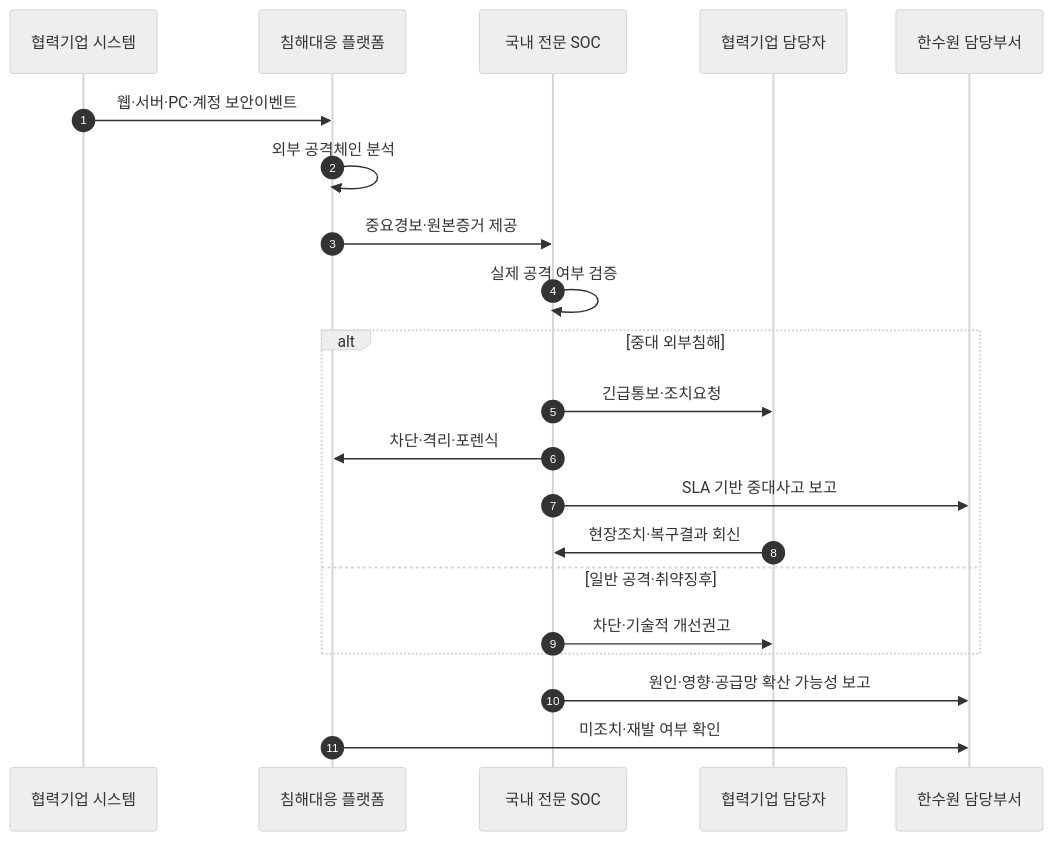
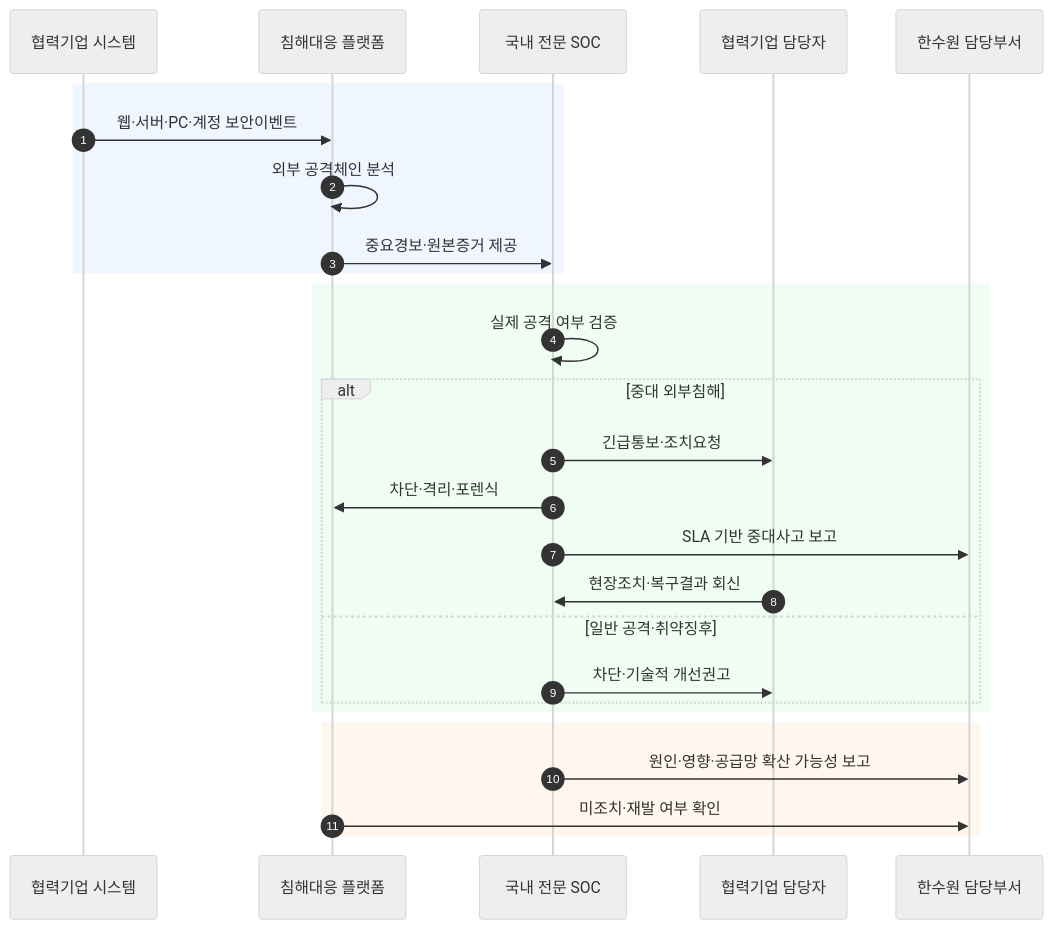
The sixth of 8 diagrams in ko/proposal/kwater/kwater-full.md (qubitsec/plura), drawn with Mermaid (neutral theme) before and after one commit. The commit also changed other lines of this file, not shown here.

````diff
--- a/ko/proposal/kwater/kwater-full.md
+++ b/ko/proposal/kwater/kwater-full.md
@@ -642,26 +676,33 @@
 ```mermaid
 sequenceDiagram
     autonumber
     participant SYS as 협력기업 시스템
     participant XDR as 침해대응 플랫폼
     participant SOC as 국내 전문 SOC
     participant COMPANY as 협력기업 담당자
     participant KHNP as 한수원 담당부서
 
-    SYS->>XDR: 웹·서버·PC·계정 보안이벤트
-    XDR->>XDR: 외부 공격체인 분석
-    XDR->>SOC: 중요경보·원본증거 제공
-    SOC->>SOC: 실제 공격 여부 검증
-
-    alt 중대 외부침해
-        SOC->>COMPANY: 긴급통보·조치요청
-        SOC->>XDR: 차단·격리·포렌식
-        SOC->>KHNP: SLA 기반 중대사고 보고
-        COMPANY->>SOC: 현장조치·복구결과 회신
-    else 일반 공격·취약징후
-        SOC->>COMPANY: 차단·기술적 개선권고
+    rect rgb(239,246,255)
+        SYS->>XDR: 웹·서버·PC·계정 보안이벤트
+        XDR->>XDR: 외부 공격체인 분석
+        XDR->>SOC: 중요경보·원본증거 제공
     end
 
-    SOC->>KHNP: 원인·영향·공급망 확산 가능성 보고
-    XDR->>KHNP: 미조치·재발 여부 확인
+    rect rgb(240,253,244)
+        SOC->>SOC: 실제 공격 여부 검증
+
+        alt 중대 외부침해
+            SOC->>COMPANY: 긴급통보·조치요청
+            SOC->>XDR: 차단·격리·포렌식
+            SOC->>KHNP: SLA 기반 중대사고 보고
+            COMPANY->>SOC: 현장조치·복구결과 회신
+        else 일반 공격·취약징후
+            SOC->>COMPANY: 차단·기술적 개선권고
+        end
+    end
+
+    rect rgb(255,247,237)
+        SOC->>KHNP: 원인·영향·공급망 확산 가능성 보고
+        XDR->>KHNP: 미조치·재발 여부 확인
+    end
 ```
````
